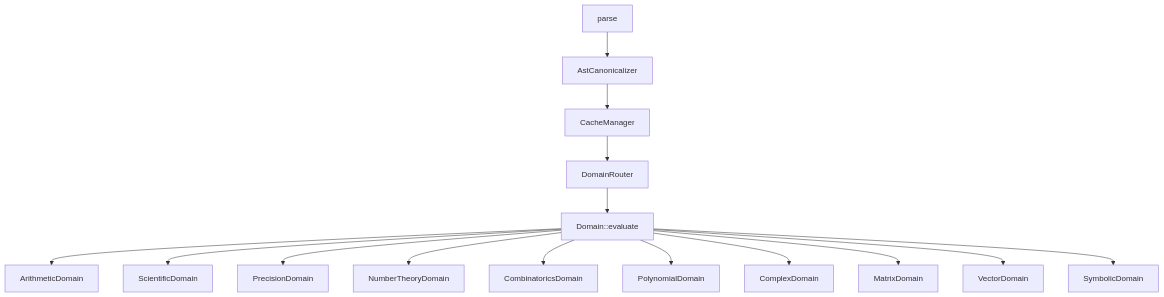
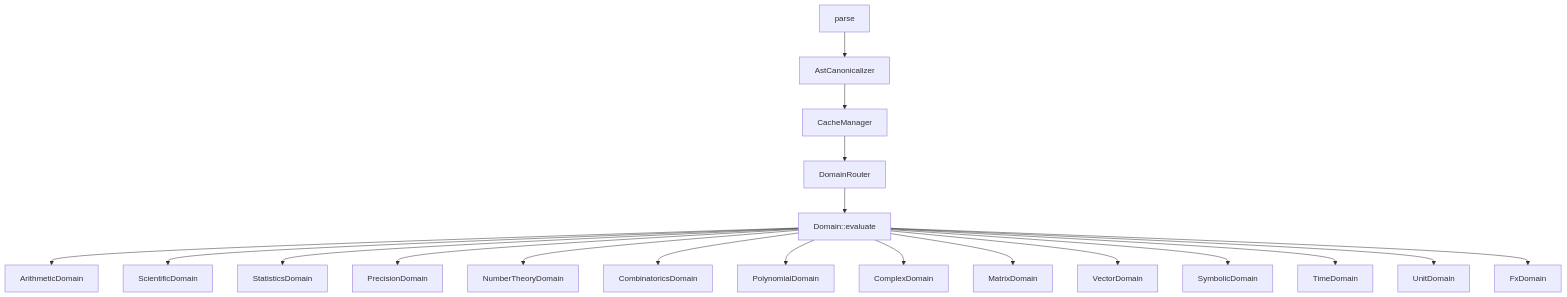
Before and after one commit to Kirky-X/calnexus: the diagram in README.md, drawn with Mermaid. The commit also changed other lines of this file and 4 other files, not shown here.

````diff
--- a/README.md
+++ b/README.md
@@ -159,17 +159,21 @@
 ```mermaid
 graph TD
     A[parse] --> B[AstCanonicalizer]
     B --> C[CacheManager]
     C --> D[DomainRouter]
     D --> E[Domain::evaluate]
     E --> F[ArithmeticDomain]
     E --> G[ScientificDomain]
-    E --> H[PrecisionDomain]
-    E --> I[NumberTheoryDomain]
-    E --> J[CombinatoricsDomain]
-    E --> K[PolynomialDomain]
-    E --> L[ComplexDomain]
-    E --> M[MatrixDomain]
-    E --> N[VectorDomain]
-    E --> O[SymbolicDomain]
+    E --> H[StatisticsDomain]
+    E --> I[PrecisionDomain]
+    E --> J[NumberTheoryDomain]
+    E --> K[CombinatoricsDomain]
+    E --> L[PolynomialDomain]
+    E --> M[ComplexDomain]
+    E --> N[MatrixDomain]
+    E --> O[VectorDomain]
+    E --> P[SymbolicDomain]
+    E --> Q[TimeDomain]
+    E --> R[UnitDomain]
+    E --> S[FxDomain]
 ```
````
